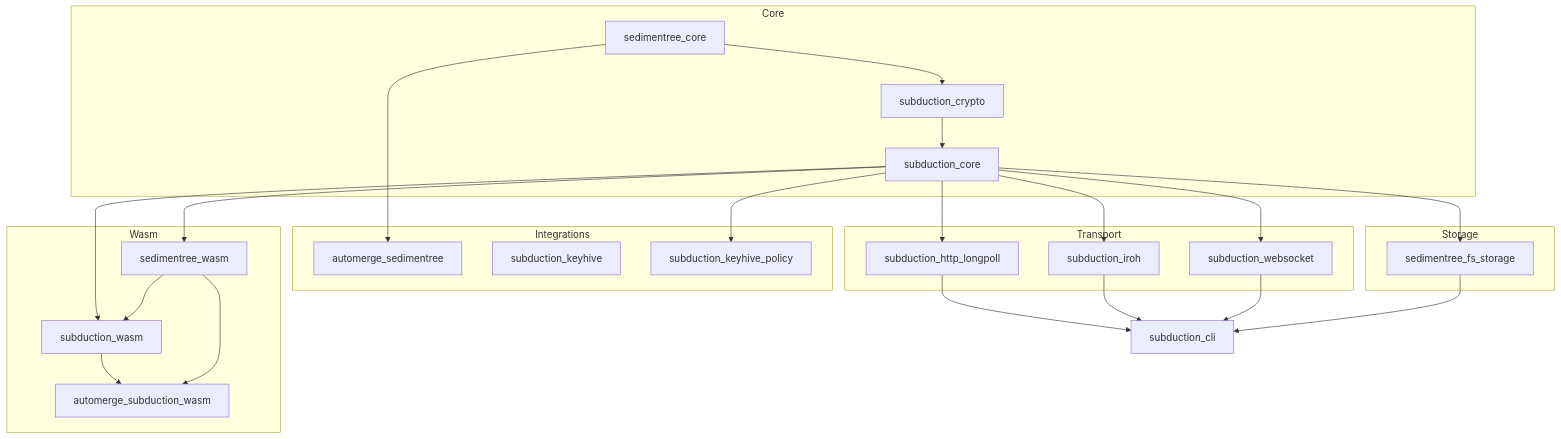
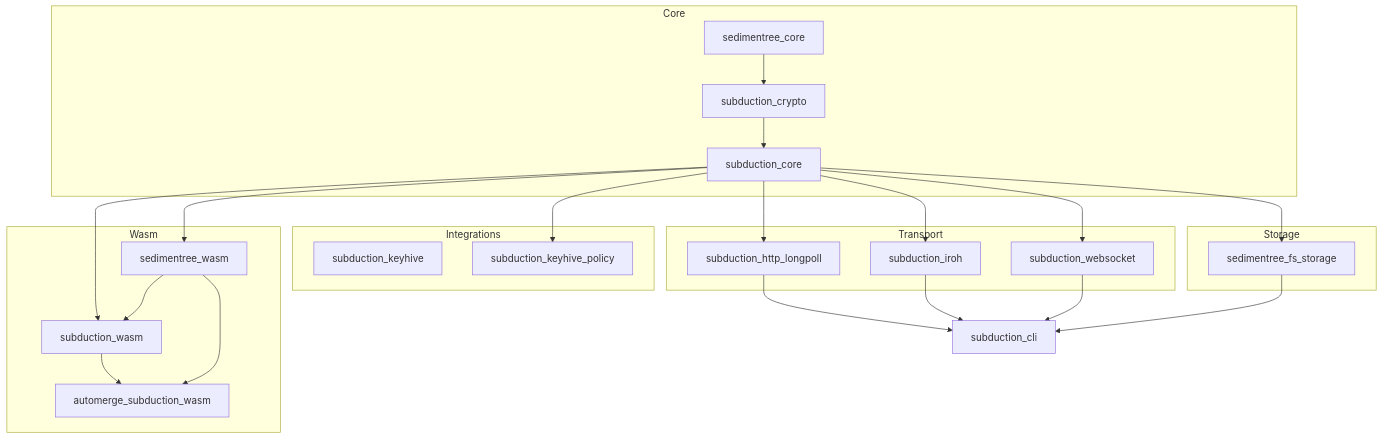
One commit to inkandswitch/subduction changed the diagram in README.md. Above: the diagram before and after it, drawn with Mermaid. The commit also changed other lines of this file and 34 other files, not shown here.

````diff
--- a/README.md
+++ b/README.md
@@ -29,55 +29,52 @@
 ```mermaid
 graph TD
     subgraph Core
         sedimentree_core
         subduction_crypto
         subduction_core
     end
 
     subgraph Storage
         sedimentree_fs_storage
     end
 
     subgraph Transport
         subduction_http_longpoll
         subduction_iroh
         subduction_websocket
     end
 
     subgraph Integrations
-        automerge_sedimentree
         subduction_keyhive
         subduction_keyhive_policy
     end
 
     subgraph Wasm
         sedimentree_wasm
         subduction_wasm
         automerge_subduction_wasm
     end
 
     subduction_cli
 
     sedimentree_core --> subduction_crypto
     subduction_crypto --> subduction_core
-
-    sedimentree_core --> automerge_sedimentree
 
     subduction_core --> sedimentree_fs_storage
     subduction_core --> subduction_http_longpoll
     subduction_core --> subduction_iroh
     subduction_core --> subduction_websocket
     subduction_core --> subduction_keyhive_policy
 
     subduction_core --> sedimentree_wasm
     subduction_core --> subduction_wasm
     sedimentree_wasm --> subduction_wasm
 
     subduction_wasm --> automerge_subduction_wasm
     sedimentree_wasm --> automerge_subduction_wasm
 
     subduction_http_longpoll --> subduction_cli
     subduction_iroh --> subduction_cli
     subduction_websocket --> subduction_cli
     sedimentree_fs_storage --> subduction_cli
 ```
````
